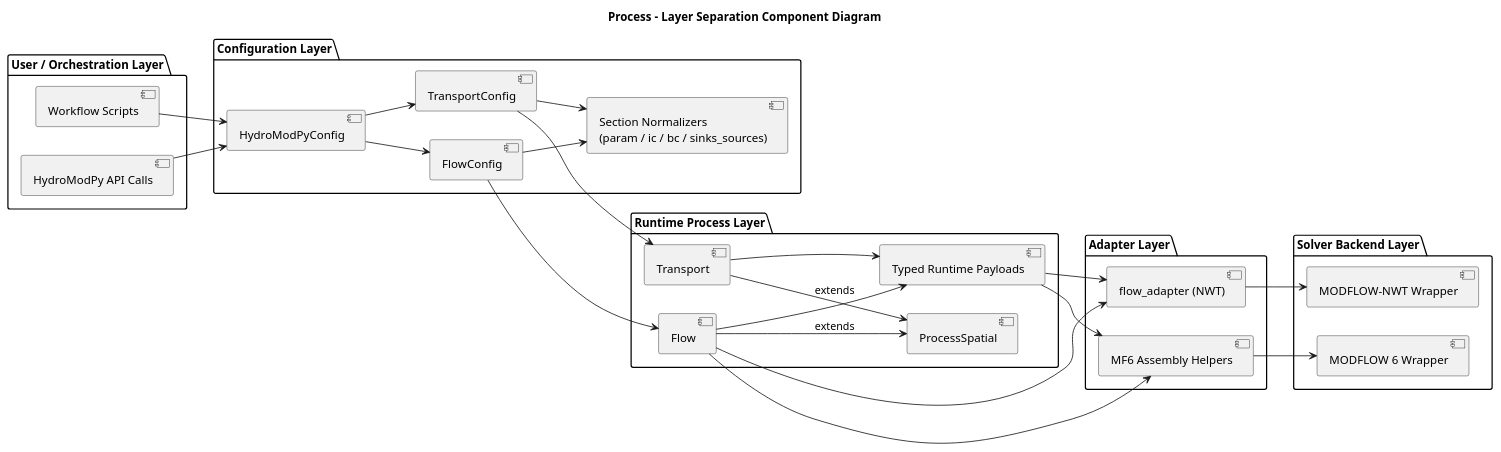
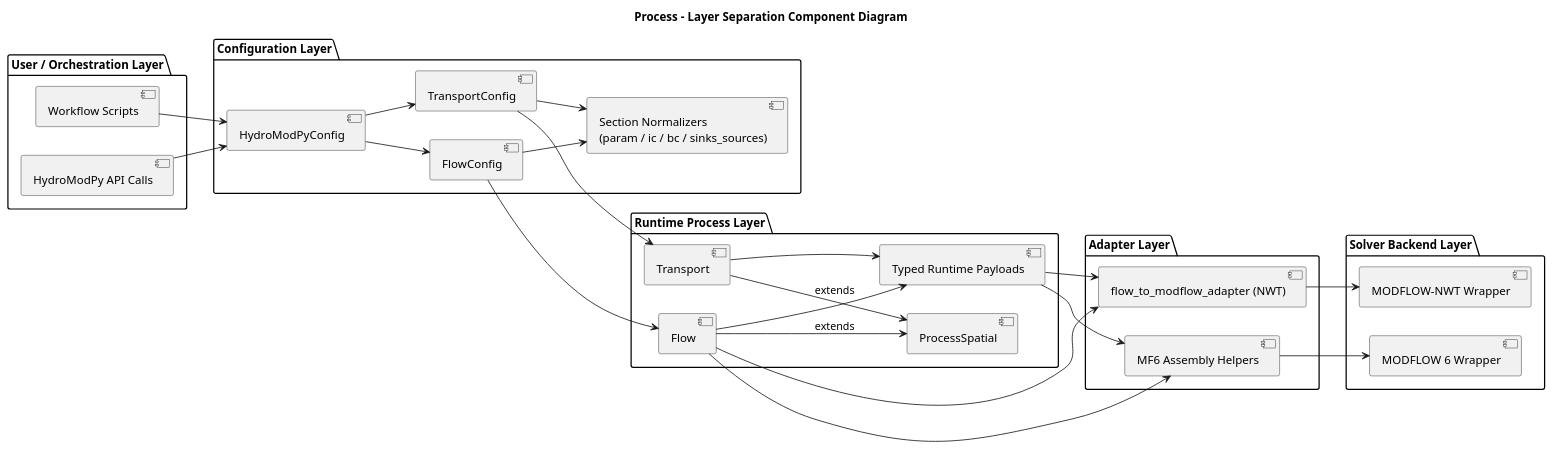
Before and after one commit to HydroModPy/HydroModPy: the diagram in docs/readthedocs/source/architecture/process/diagrams/process_layered_components.wsd, drawn with PlantUML. The commit also changed 50 other files, not shown here.

```diff
--- a/docs/readthedocs/source/architecture/process/diagrams/process_layered_components.wsd
+++ b/docs/readthedocs/source/architecture/process/diagrams/process_layered_components.wsd
@@ -1,56 +1,56 @@
 @startuml
 title Process - Layer Separation Component Diagram
 left to right direction
 
 package "User / Orchestration Layer" {
   component "Workflow Scripts" as WorkflowScripts
   component "HydroModPy API Calls" as ApiCalls
 }
 
 package "Configuration Layer" {
   component "HydroModPyConfig" as HydroModPyConfig
   component "FlowConfig" as FlowConfig
   component "TransportConfig" as TransportConfig
   component "Section Normalizers\n(param / ic / bc / sinks_sources)" as Normalizers
 }
 
 package "Runtime Process Layer" {
   component "ProcessSpatial" as ProcessSpatial
   component "Flow" as Flow
   component "Transport" as Transport
   component "Typed Runtime Payloads" as RuntimePayloads
 }
 
 package "Adapter Layer" {
-  component "flow_adapter (NWT)" as FlowAdapterNwt
+  component "flow_to_modflow_adapter (NWT)" as FlowAdapterNwt
   component "MF6 Assembly Helpers" as Mf6Helpers
 }
 
 package "Solver Backend Layer" {
   component "MODFLOW-NWT Wrapper" as ModflowNwtWrapper
   component "MODFLOW 6 Wrapper" as Modflow6Wrapper
 }
 
 WorkflowScripts --> HydroModPyConfig
 ApiCalls --> HydroModPyConfig
 
 HydroModPyConfig --> FlowConfig
 HydroModPyConfig --> TransportConfig
 FlowConfig --> Normalizers
 TransportConfig --> Normalizers
 
 FlowConfig --> Flow
 TransportConfig --> Transport
 Flow --> ProcessSpatial : extends
 Transport --> ProcessSpatial : extends
 Flow --> RuntimePayloads
 Transport --> RuntimePayloads
 
 Flow --> FlowAdapterNwt
 Flow --> Mf6Helpers
 RuntimePayloads --> FlowAdapterNwt
 RuntimePayloads --> Mf6Helpers
 
 FlowAdapterNwt --> ModflowNwtWrapper
 Mf6Helpers --> Modflow6Wrapper
 @enduml
```
